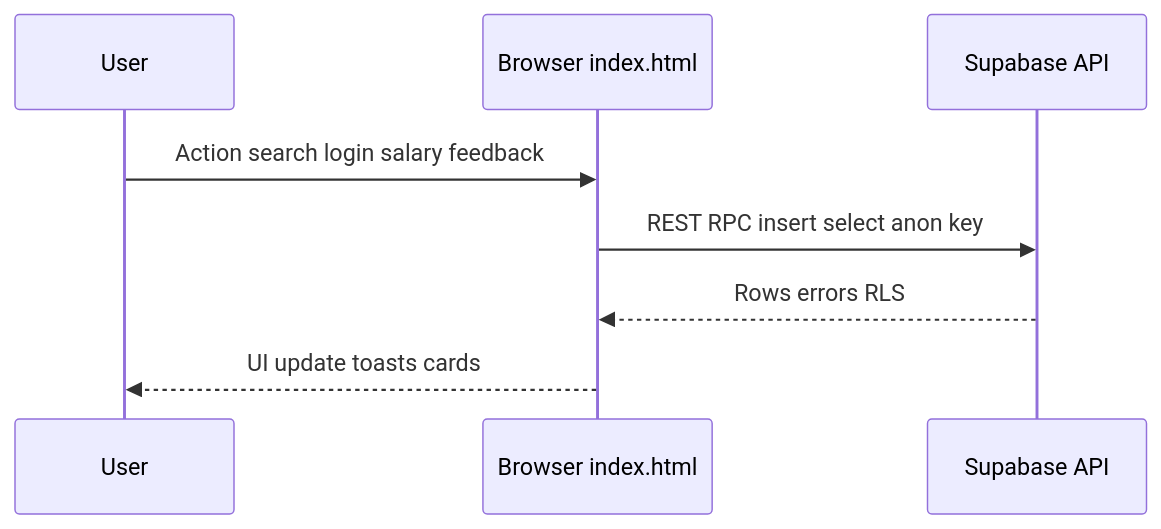
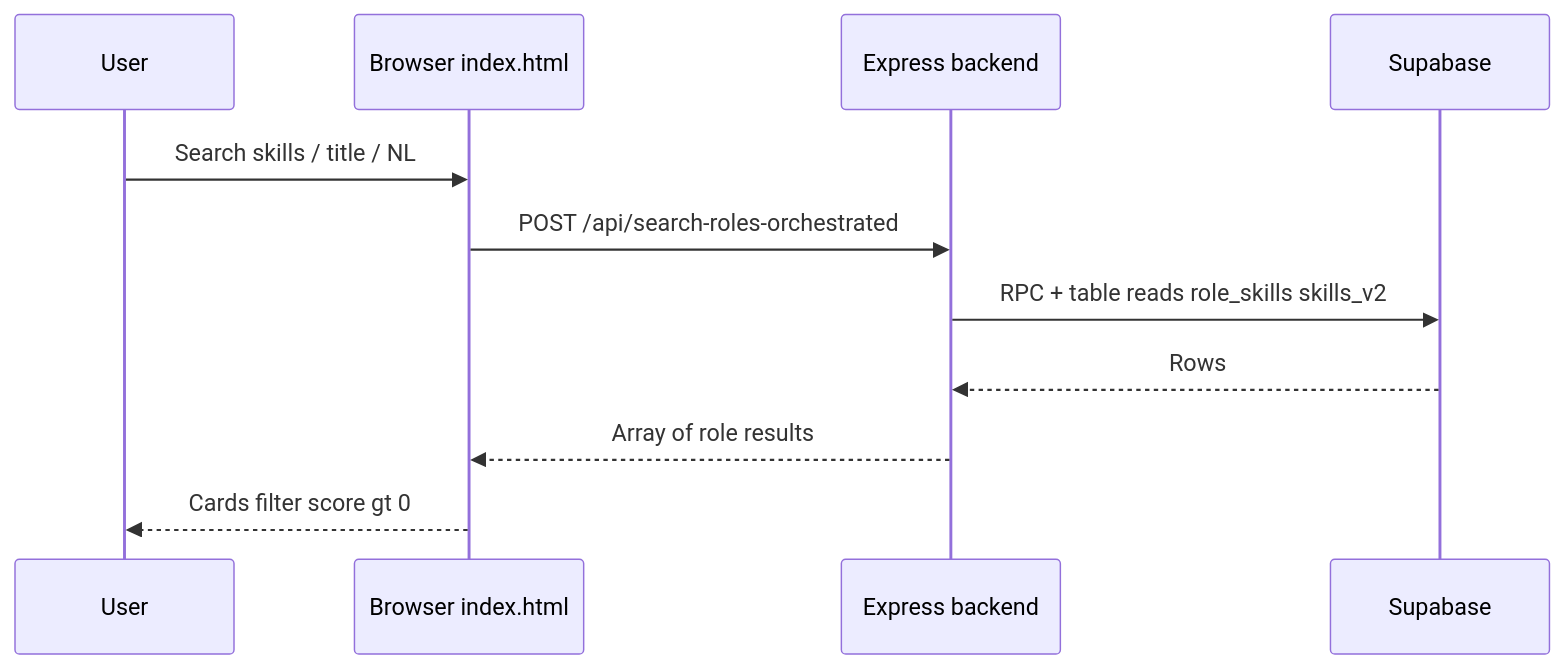
One commit to hrawat640-collab/Skillmapping changed the third of 4 diagrams in context.md. Above: the diagram before and after it, drawn with Mermaid. The commit also changed other lines of this file, not shown here.

````diff
--- a/context.md
+++ b/context.md
@@ -150,11 +170,14 @@
 ```mermaid
 sequenceDiagram
   participant U as User
   participant B as Browser index.html
-  participant S as Supabase API
+  participant E as Express backend
+  participant S as Supabase
 
-  U->>B: Action search login salary feedback
-  B->>S: REST RPC insert select anon key
-  S-->>B: Rows errors RLS
-  B-->>U: UI update toasts cards
+  U->>B: Search skills / title / NL
+  B->>E: POST /api/search-roles-orchestrated
+  E->>S: RPC + table reads role_skills skills_v2
+  S-->>E: Rows
+  E-->>B: Array of role results
+  B-->>U: Cards filter score gt 0
 ```
````
